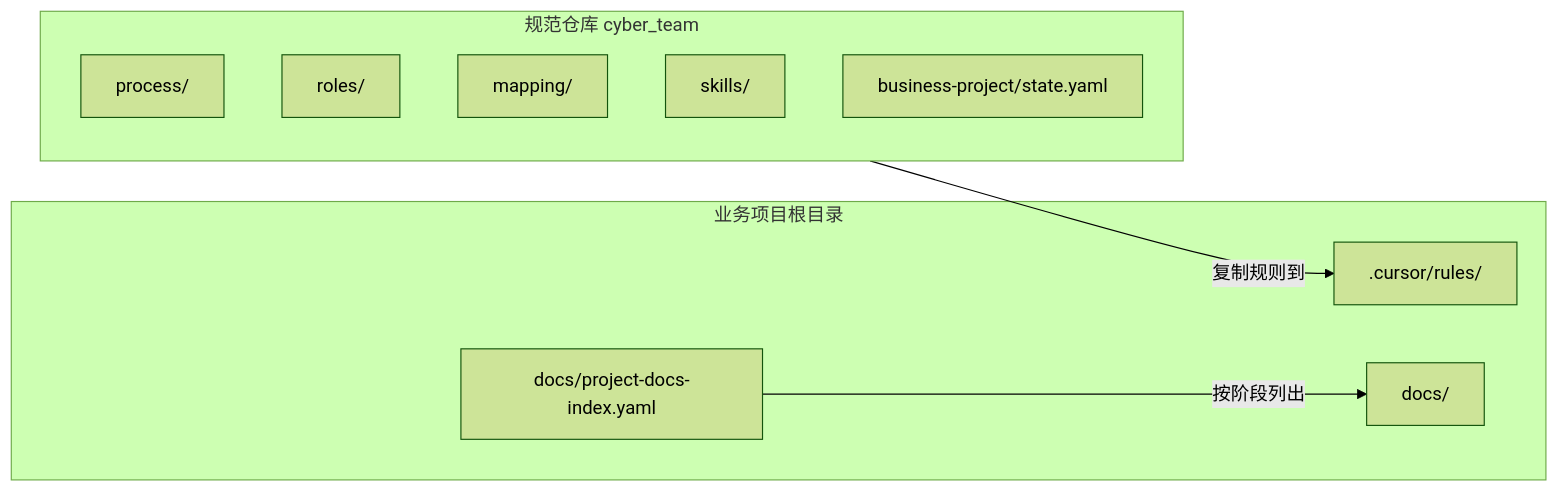
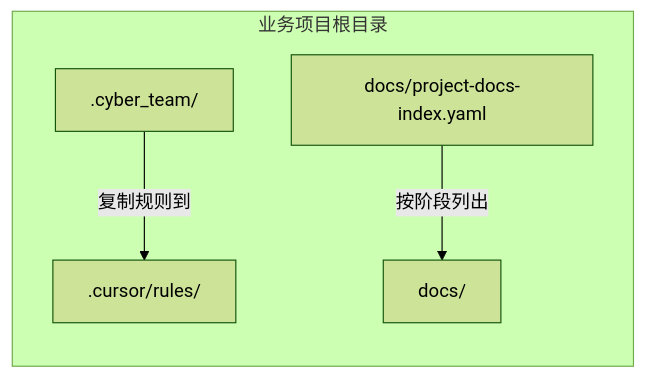
Before and after one commit to g992com/cyber_team: the second of 2 diagrams in 人类手册/Cursor-多会话协作落地方案.md, drawn with Mermaid (forest theme). The commit also changed other lines of this file and 76 other files, not shown here.

First line of the commit message:
refactor(spec): 规范根迁入 .cyber_team/，人类手册单仓与路径对齐

````diff
--- a/人类手册/Cursor-多会话协作落地方案.md
+++ b/人类手册/Cursor-多会话协作落地方案.md
@@ -463,17 +463,11 @@
 ```mermaid
 flowchart LR
   subgraph biz [业务项目根目录]
     index[docs/project-docs-index.yaml]
     cursor_rules[.cursor/rules/]
     docs[docs/]
+    cyber_team[.cyber_team/]
   end
-  subgraph norm [规范仓库 cyber_team]
-    process[process/]
-    roles[roles/]
-    mapping[mapping/]
-    skills[skills/]
-    state[business-project/state.yaml]
-  end
-  norm -->|"复制规则到"| cursor_rules
+  cyber_team -->|"复制规则到"| cursor_rules
   index -->|"按阶段列出"| docs
 ```
````
